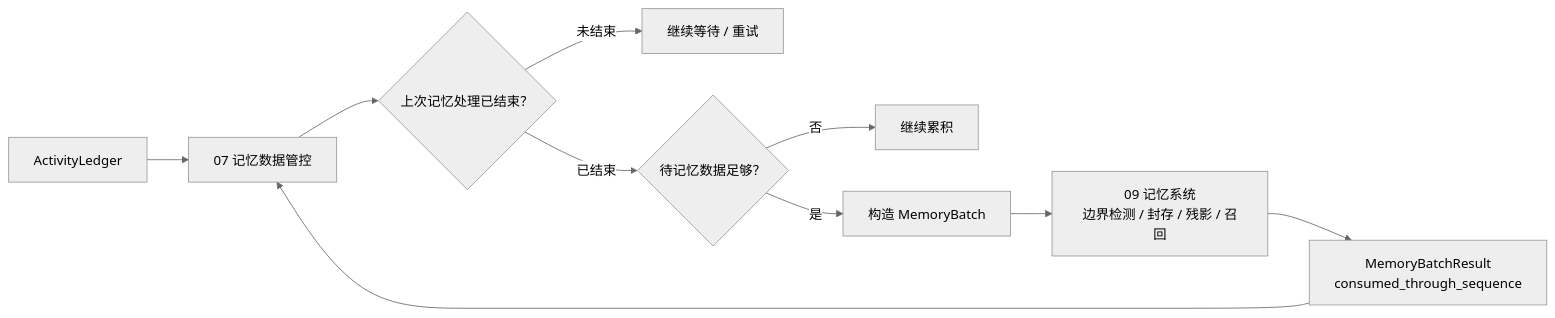
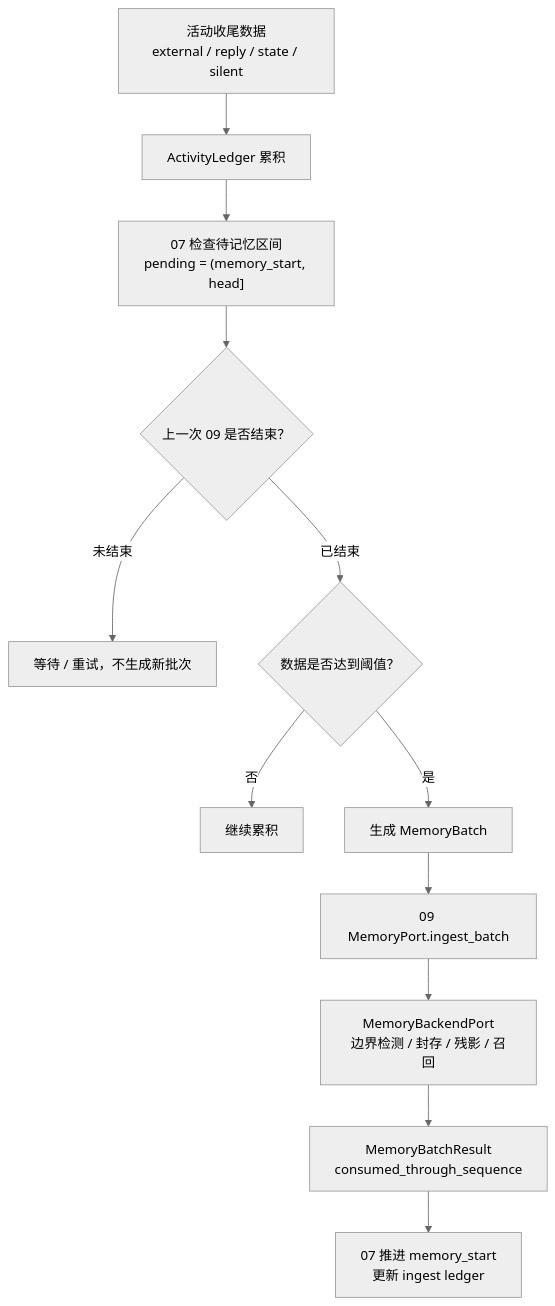
The diagram in doc/design/07-记忆投递枢纽.md (Llllsuhdjhhd/JShi), drawn with Mermaid (neutral theme) before and after one commit. The commit also changed other lines of this file and 18 other files, not shown here.

Commit message:
feat: add memory control and response status flow

````diff
--- a/doc/design/07-记忆投递枢纽.md
+++ b/doc/design/07-记忆投递枢纽.md
@@ -60,12 +70,14 @@
 ```mermaid
-flowchart LR
-    AL["ActivityLedger"] --> HUB["07 记忆数据管控"]
-    HUB --> CHECK{"上次记忆处理已结束？"}
-    CHECK -- "未结束" --> WAIT["继续等待 / 重试"]
-    CHECK -- "已结束" --> SIZE{"待记忆数据足够？"}
+flowchart TB
+    A["活动收尾数据<br/>external / reply / state / silent"] --> L["ActivityLedger 累积"]
+    L --> HUB["07 检查待记忆区间<br/>pending = (memory_start, head]"]
+    HUB --> P{"上一次 09 是否结束？"}
+    P -- "未结束" --> WAIT["等待 / 重试，不生成新批次"]
+    P -- "已结束" --> SIZE{"数据是否达到阈值？"}
     SIZE -- "否" --> KEEP["继续累积"]
-    SIZE -- "是" --> BATCH["构造 MemoryBatch"]
-    BATCH --> M09["09 记忆系统<br/>边界检测 / 封存 / 残影 / 召回"]
-    M09 --> RESULT["MemoryBatchResult<br/>consumed_through_sequence"]
-    RESULT --> HUB
+    SIZE -- "是" --> BATCH["生成 MemoryBatch"]
+    BATCH --> M09["09 MemoryPort.ingest_batch"]
+    M09 --> BACKEND["MemoryBackendPort<br/>边界检测 / 封存 / 残影 / 召回"]
+    BACKEND --> RESULT["MemoryBatchResult<br/>consumed_through_sequence"]
+    RESULT --> ADV["07 推进 memory_start<br/>更新 ingest ledger"]
 ```
````
